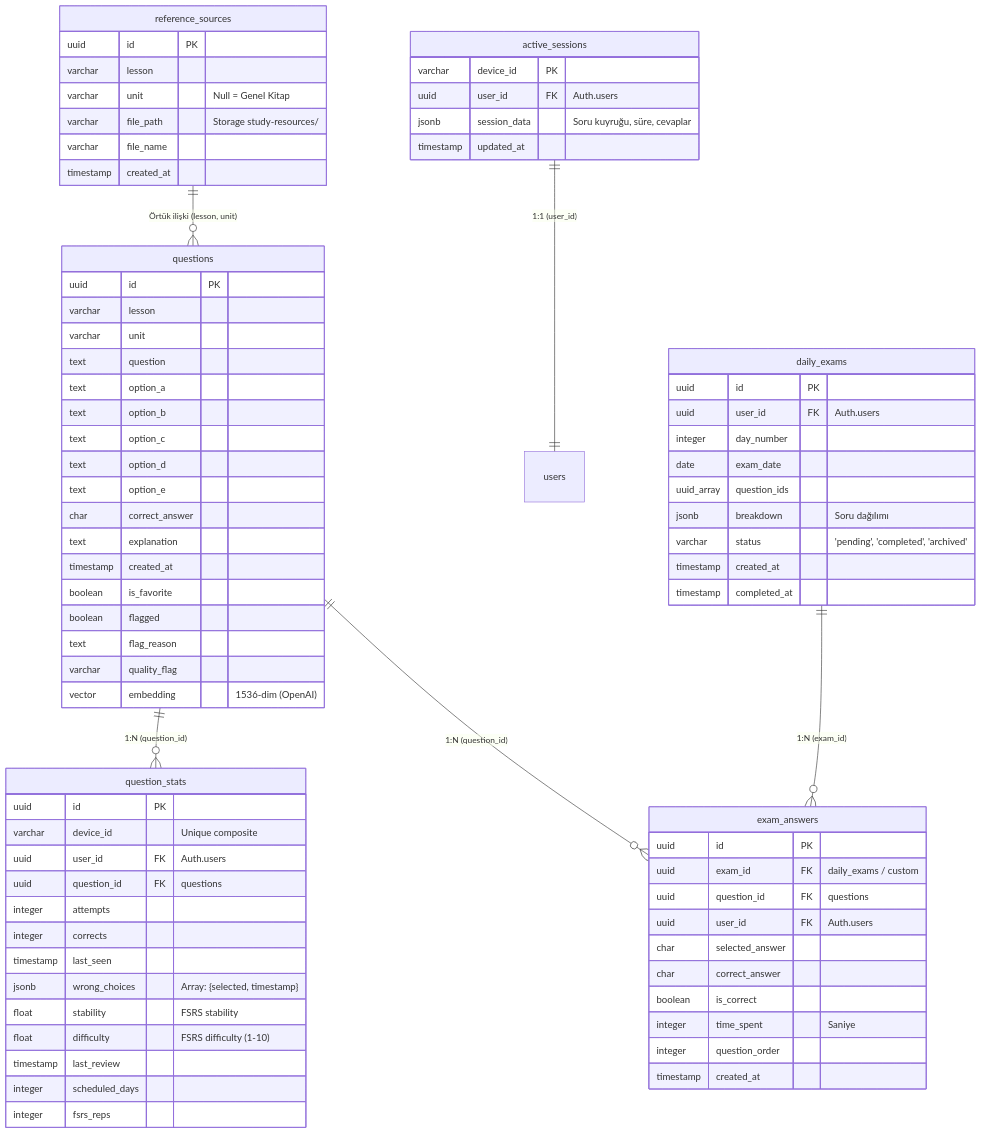
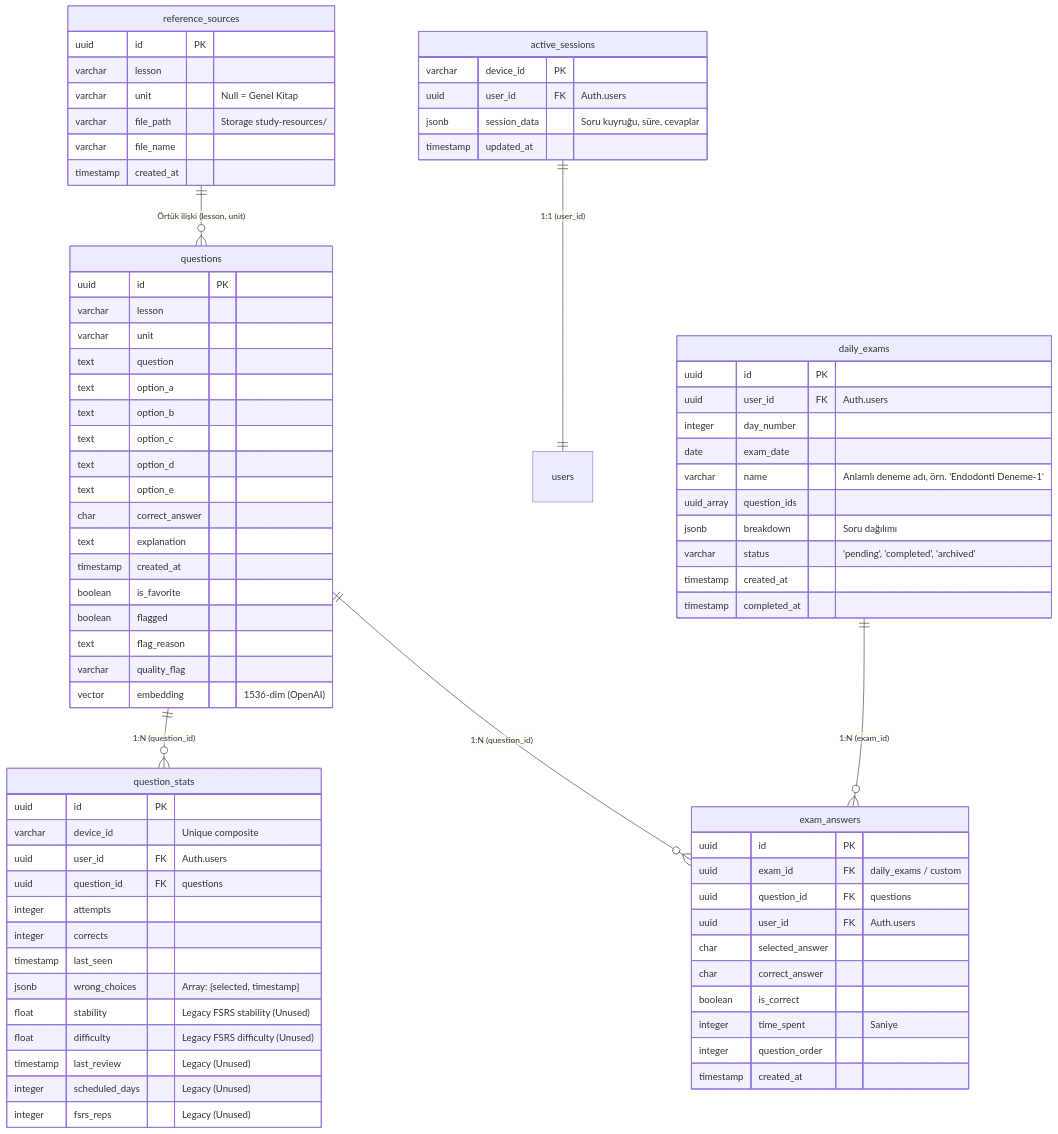
One commit to gsaslan2001-blip/DUSBANKASI changed the diagram in gemini.md. Above: the diagram before and after it, drawn with Mermaid. The commit also changed other lines of this file and 1 other file, not shown here.

```diff
--- a/gemini.md
+++ b/gemini.md
@@ -90,11 +159,11 @@
         integer corrects
         timestamp last_seen
         jsonb wrong_choices "Array: {selected, timestamp}"
-        float stability "FSRS stability"
-        float difficulty "FSRS difficulty (1-10)"
-        timestamp last_review
-        integer scheduled_days
-        integer fsrs_reps
+        float stability "Legacy FSRS stability (Unused)"
+        float difficulty "Legacy FSRS difficulty (Unused)"
+        timestamp last_review "Legacy (Unused)"
+        integer scheduled_days "Legacy (Unused)"
+        integer fsrs_reps "Legacy (Unused)"
     }
 
     active_sessions {
@@ -118,6 +187,7 @@
         uuid user_id FK "Auth.users"
         integer day_number
         date exam_date
+        varchar name "Anlamlı deneme adı, örn. 'Endodonti Deneme-1'"
         uuid_array question_ids
         jsonb breakdown "Soru dağılımı"
         varchar status "'pending', 'completed', 'archived'"
```
